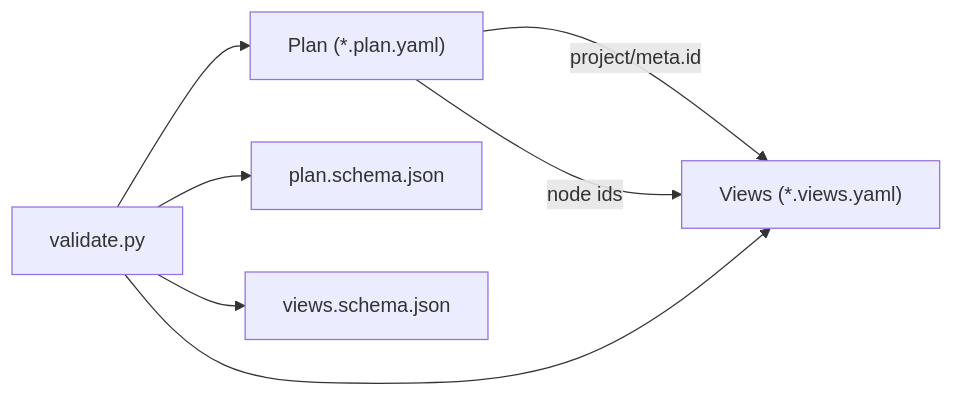
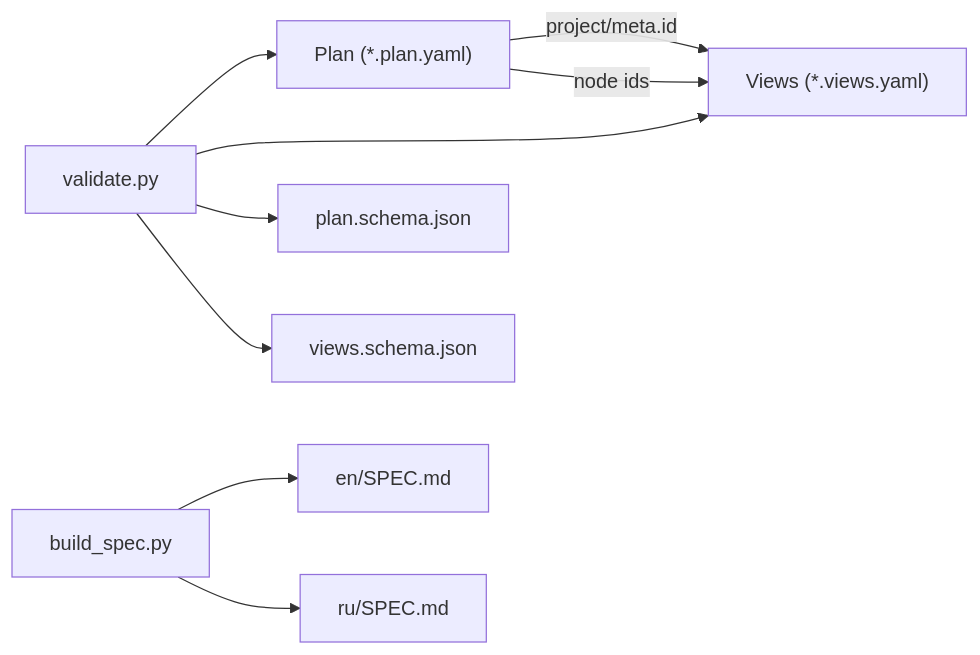
One commit to asukhodko/opskarta changed diagram 13 of 13 in .qoder/repowiki/en/content/Specification Reference/Specification Reference.md. Above: the diagram before and after it, drawn with Mermaid. The commit also changed other lines of this file and 7 other files, not shown here.

````diff
--- a/.qoder/repowiki/en/content/Specification Reference/Specification Reference.md
+++ b/.qoder/repowiki/en/content/Specification Reference/Specification Reference.md
@@ -572,9 +595,11 @@
 ```mermaid
 graph LR
 Plan["Plan (*.plan.yaml)"] -- "project/meta.id" --> Views["Views (*.views.yaml)"]
 Plan -- "node ids" --> Views
 Validator["validate.py"] --> Plan
 Validator --> Views
 Validator --> PlanSchema["plan.schema.json"]
 Validator --> ViewsSchema["views.schema.json"]
+Builder["build_spec.py"] --> EN["en/SPEC.md"]
+Builder --> RU["ru/SPEC.md"]
 ```
````
